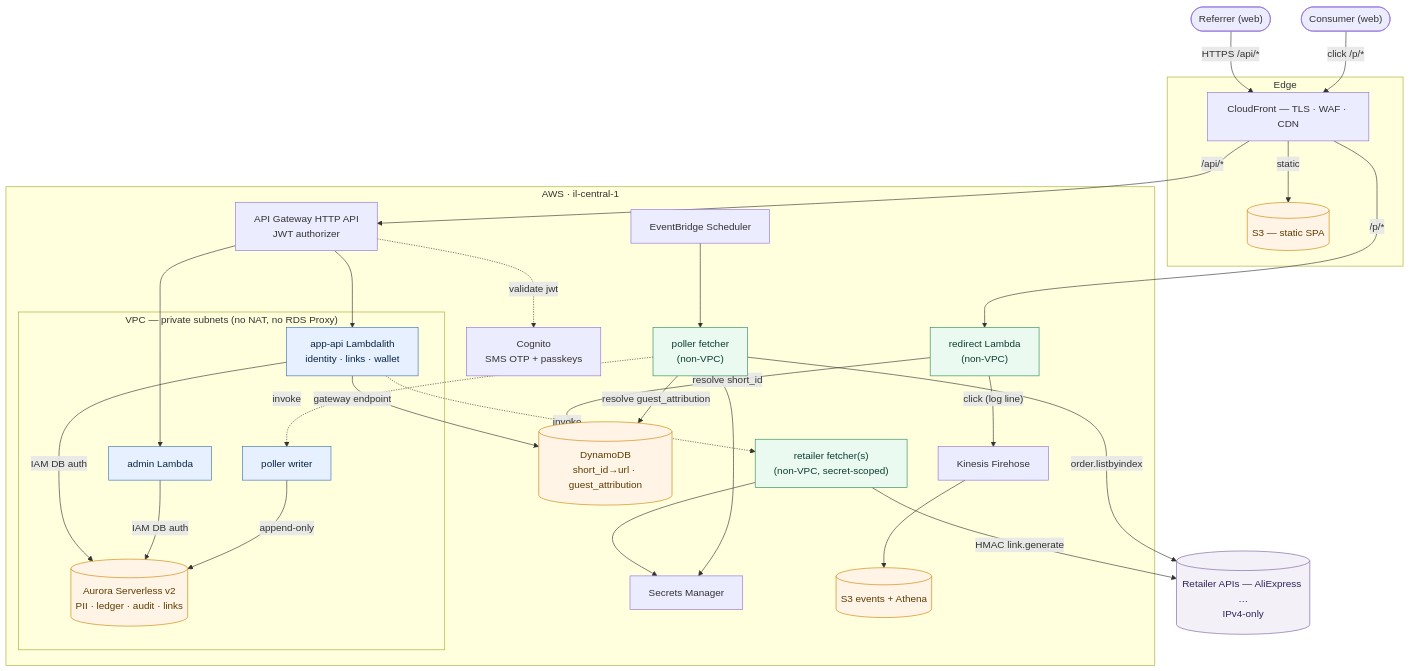
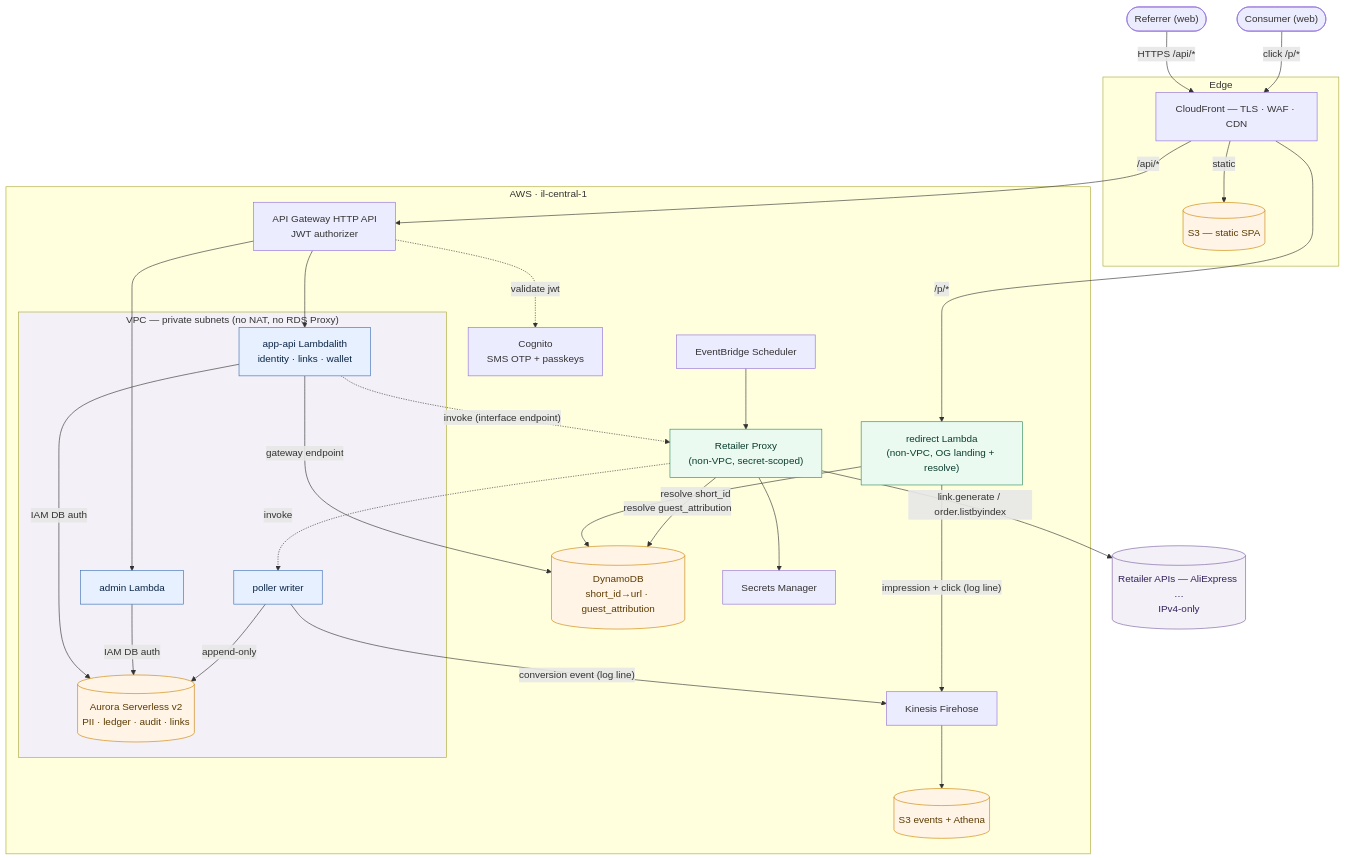
One commit to wanthat-app/monorepo changed the diagram in docs/AWS_Architecture.md. Above: the diagram before and after it, drawn with Mermaid. The commit also changed other lines of this file and 9 other files, not shown here.

First line of the commit message:
Refine design: single Retailer Proxy, cookieless redirect, conversion events

````diff
--- a/docs/AWS_Architecture.md
+++ b/docs/AWS_Architecture.md
@@ -17,66 +17,63 @@
 ```mermaid
 flowchart TB
   referrer(["Referrer (web)"])
   consumer(["Consumer (web)"])
+  retailer[("Retailer APIs — AliExpress …<br>IPv4-only")]
 
   subgraph edge["Edge"]
     cf["CloudFront — TLS · WAF · CDN"]
     s3site[("S3 — static SPA")]
   end
 
   subgraph region["AWS · il-central-1"]
-    apigw["API Gateway HTTP API<br/>JWT authorizer"]
-    cognito["Cognito<br/>SMS OTP + passkeys"]
-    redirect["redirect Lambda<br/>(non-VPC)"]
-    fetchR["retailer fetcher(s)<br/>(non-VPC, secret-scoped)"]
-    fetchP["poller fetcher<br/>(non-VPC)"]
+    apigw["API Gateway HTTP API<br>JWT authorizer"]
+    cognito["Cognito<br>SMS OTP + passkeys"]
+    redirect["redirect Lambda<br>(non-VPC, OG landing + resolve)"]
+    proxy["Retailer Proxy<br>(non-VPC, secret-scoped)"]
     sched["EventBridge Scheduler"]
-    ddb[("DynamoDB<br/>short_id→url · guest_attribution")]
+    ddb[("DynamoDB<br>short_id→url · guest_attribution")]
     secrets["Secrets Manager"]
     firehose["Kinesis Firehose"]
     s3events[("S3 events + Athena")]
 
     subgraph vpc["VPC — private subnets (no NAT, no RDS Proxy)"]
-      lambdalith["app-api Lambdalith<br/>identity · links · wallet"]
+      lambdalith["app-api Lambdalith<br>identity · links · wallet"]
       admin["admin Lambda"]
       writer["poller writer"]
-      aurora[("Aurora Serverless v2<br/>PII · ledger · audit · links")]
+      aurora[("Aurora Serverless v2<br>PII · ledger · audit · links")]
     end
   end
 
-  retailer[("Retailer APIs — AliExpress …<br/>IPv4-only")]
-
-  %% request + data edges
-  referrer -->|"HTTPS /api/*"| cf
-  consumer -->|"click /p/*"| cf
-  cf -->|"static"| s3site
-  cf -->|"/api/*"| apigw
-  cf -->|"/p/*"| redirect
+  referrer -- "HTTPS /api/*" --> cf
+  consumer -- "click /p/*" --> cf
+  cf -- "static" --> s3site
+  cf -- "/api/*" --> apigw
+  cf -- "/p/*" --> redirect
   apigw -. "validate jwt" .-> cognito
   apigw --> lambdalith
   apigw --> admin
-  lambdalith -->|"IAM DB auth"| aurora
-  admin -->|"IAM DB auth"| aurora
-  writer -->|"append-only"| aurora
-  lambdalith -->|"gateway endpoint"| ddb
-  lambdalith -. "invoke" .-> fetchR
-  redirect -->|"resolve short_id"| ddb
-  redirect -->|"click (log line)"| firehose
+  lambdalith -- "IAM DB auth" --> aurora
+  admin -- "IAM DB auth" --> aurora
+  writer -- "append-only" --> aurora
+  lambdalith -- "gateway endpoint" --> ddb
+  lambdalith -. "invoke (interface endpoint)" .-> proxy
+  redirect -- "resolve short_id" --> ddb
+  redirect -- "impression + click (log line)" --> firehose
+  writer -- "conversion event (log line)" --> firehose
   firehose --> s3events
-  sched --> fetchP
-  fetchP -->|"resolve guest_attribution"| ddb
-  fetchP -. "invoke" .-> writer
-  fetchR --> secrets
-  fetchP --> secrets
-  fetchR -->|"HMAC link.generate"| retailer
-  fetchP -->|"order.listbyindex"| retailer
+  sched --> proxy
+  proxy -- "resolve guest_attribution" --> ddb
+  proxy -. "invoke" .-> writer
+  proxy --> secrets
+  proxy -- "link.generate / order.listbyindex" --> retailer
 
-  classDef invpc fill:#e6f0ff,stroke:#3b6fb3,color:#0b2545;
-  classDef novpc fill:#eafaf1,stroke:#2e8b57,color:#0b3d2e;
-  classDef data fill:#fff4e6,stroke:#cc8400,color:#5c3b00;
-  classDef ext fill:#f3f0f7,stroke:#7a5fa3,color:#33235c;
-  class lambdalith,admin,writer invpc;
-  class redirect,fetchR,fetchP novpc;
-  class aurora,ddb,s3events,s3site data;
-  class retailer ext;
+  classDef invpc fill:#e6f0ff,stroke:#3b6fb3,color:#0b2545
+  classDef novpc fill:#eafaf1,stroke:#2e8b57,color:#0b3d2e
+  classDef data fill:#fff4e6,stroke:#cc8400,color:#5c3b00
+  classDef ext fill:#f3f0f7,stroke:#7a5fa3,color:#33235c
+  class lambdalith,admin,writer invpc
+  class redirect,proxy novpc
+  class aurora,ddb,s3events,s3site data
+  class retailer ext
+  style vpc fill:#f3f0f7
 ```
````
